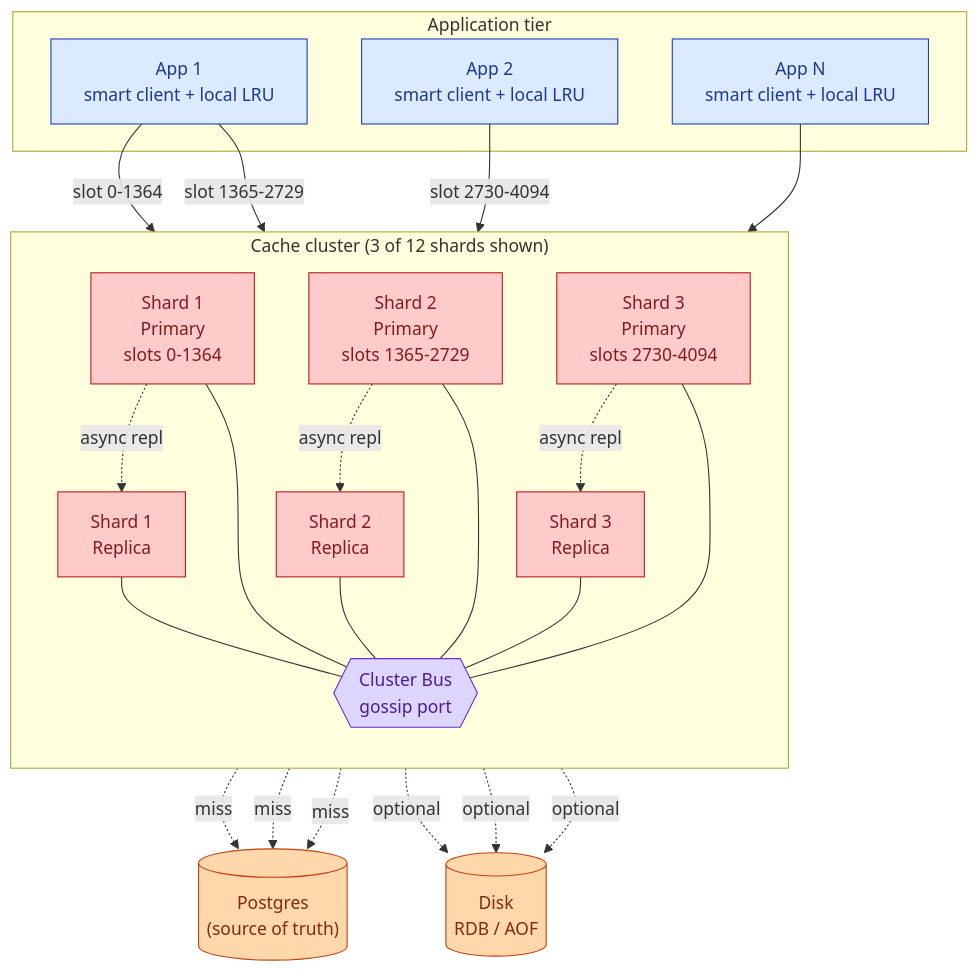
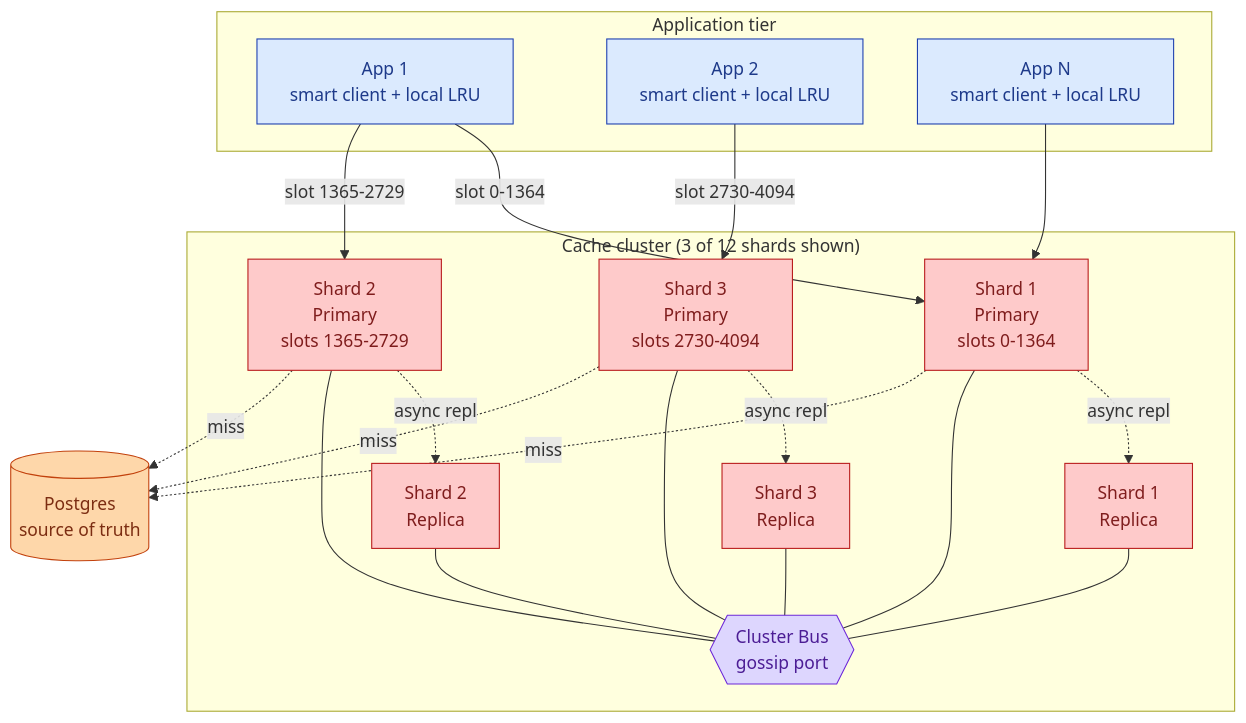
One commit to shiningflash/system-design changed the first of 3 diagrams in problems/009-distributed-cache/solution.md. Above: the diagram before and after it, drawn with Mermaid. The commit also changed other lines of this file and 37 other files, not shown here.

````diff
--- a/problems/009-distributed-cache/solution.md
+++ b/problems/009-distributed-cache/solution.md
@@ -120,47 +121,42 @@
 ```mermaid
 flowchart TB
     subgraph AppTier["Application tier"]
         A1["App 1<br/>smart client + local LRU"]:::user
         A2["App 2<br/>smart client + local LRU"]:::user
         AN["App N<br/>smart client + local LRU"]:::user
     end
 
     subgraph Cluster["Cache cluster (3 of 12 shards shown)"]
-        direction TB
         S1P["Shard 1<br/>Primary<br/>slots 0-1364"]:::cache
         S1R["Shard 1<br/>Replica"]:::cache
         S2P["Shard 2<br/>Primary<br/>slots 1365-2729"]:::cache
         S2R["Shard 2<br/>Replica"]:::cache
         S3P["Shard 3<br/>Primary<br/>slots 2730-4094"]:::cache
         S3R["Shard 3<br/>Replica"]:::cache
         Bus{{"Cluster Bus<br/>gossip port"}}:::queue
         S1P -.async repl.-> S1R
         S2P -.async repl.-> S2R
         S3P -.async repl.-> S3R
         S1P --- Bus
         S2P --- Bus
         S3P --- Bus
         S1R --- Bus
         S2R --- Bus
         S3R --- Bus
     end
 
-    DB[("Postgres<br/>(source of truth)")]:::db
-    Persist[("Disk<br/>RDB / AOF")]:::db
+    DB[("Postgres<br/>source of truth")]:::db
 
-    A1 -->|slot 0-1364| S1P
-    A1 -->|slot 1365-2729| S2P
-    A2 -->|slot 2730-4094| S3P
+    A1 -->|"slot 0-1364"| S1P
+    A1 -->|"slot 1365-2729"| S2P
+    A2 -->|"slot 2730-4094"| S3P
     AN --> S1P
     S1P -.miss.-> DB
     S2P -.miss.-> DB
     S3P -.miss.-> DB
-    S1P -.optional.-> Persist
-    S2P -.optional.-> Persist
-    S3P -.optional.-> Persist
 
     classDef user fill:#dbeafe,stroke:#1e40af,color:#1e3a8a
     classDef cache fill:#fecaca,stroke:#b91c1c,color:#7f1d1d
     classDef db fill:#fed7aa,stroke:#c2410c,color:#7c2d12
     classDef queue fill:#ddd6fe,stroke:#6d28d9,color:#4c1d95
 ```
````
